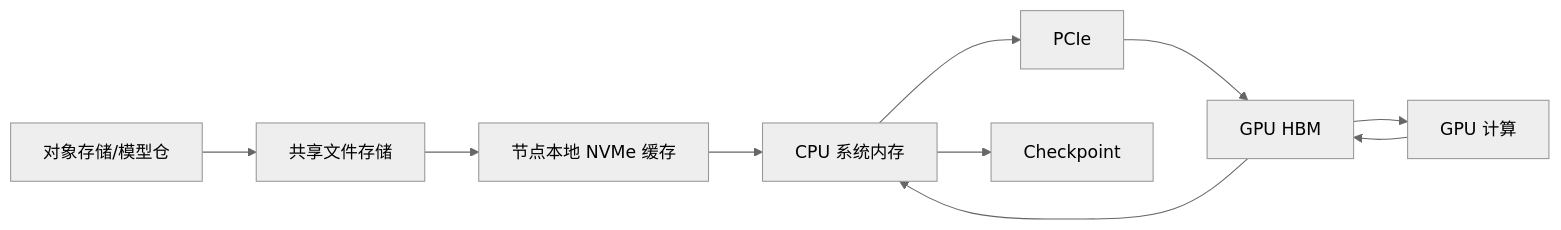
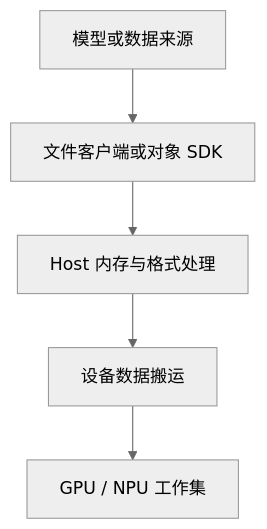
Before and after one commit to newswitch/newswitch.github.io: the first of 2 diagrams in docs/storage/ai-workloads/01-AI工作负载的存储IO模型.md, drawn with Mermaid (neutral theme). The commit also changed other lines of this file and 15 other files, not shown here.

````diff
--- a/docs/storage/ai-workloads/01-AI工作负载的存储IO模型.md
+++ b/docs/storage/ai-workloads/01-AI工作负载的存储IO模型.md
@@ -42,12 +42,7 @@
 ```mermaid
-flowchart LR
-    O["对象存储/模型仓"] --> C["共享文件存储"]
-    C --> L["节点本地 NVMe 缓存"]
-    L --> R["CPU 系统内存"]
-    R --> P["PCIe"]
-    P --> H["GPU HBM"]
-    H --> G["GPU 计算"]
-    G --> H
-    H --> R
-    R --> CK["Checkpoint"]
+flowchart TD
+    O["模型或数据来源"] --> C["文件客户端或对象 SDK"]
+    C --> R["Host 内存与格式处理"]
+    R --> P["设备数据搬运"]
+    P --> H["GPU / NPU 工作集"]
 ```
````
